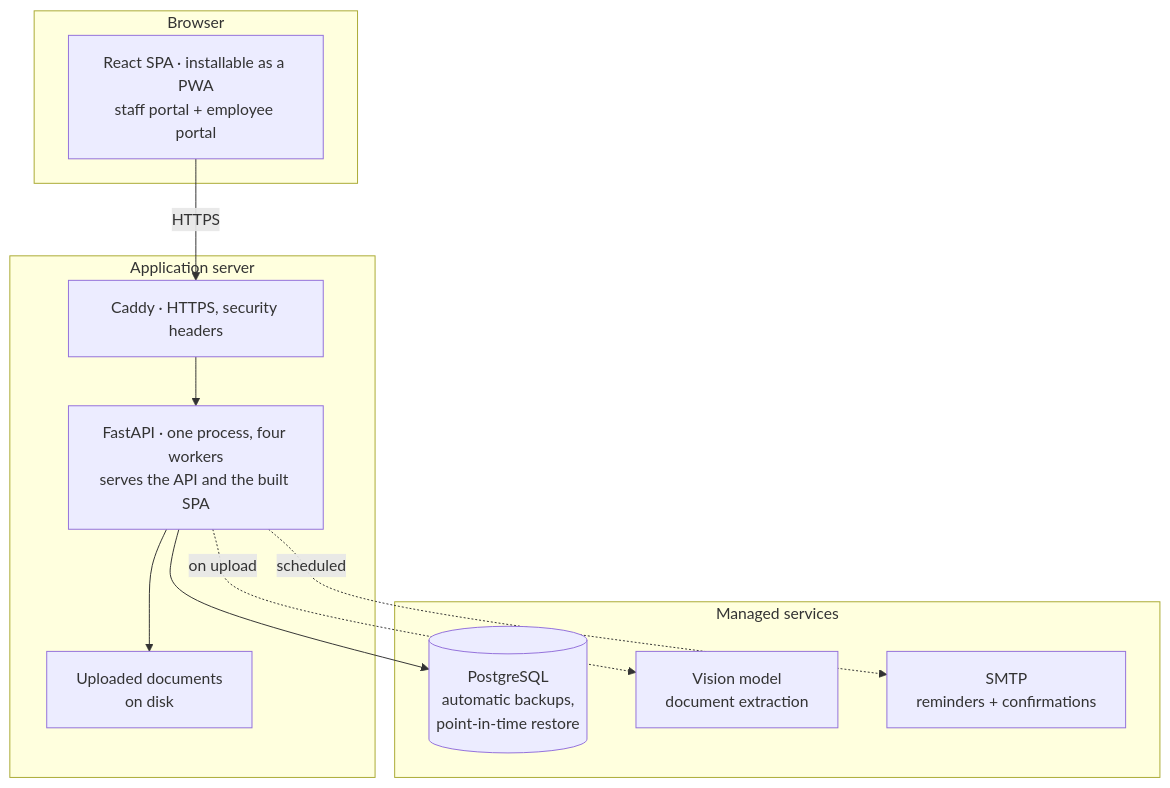
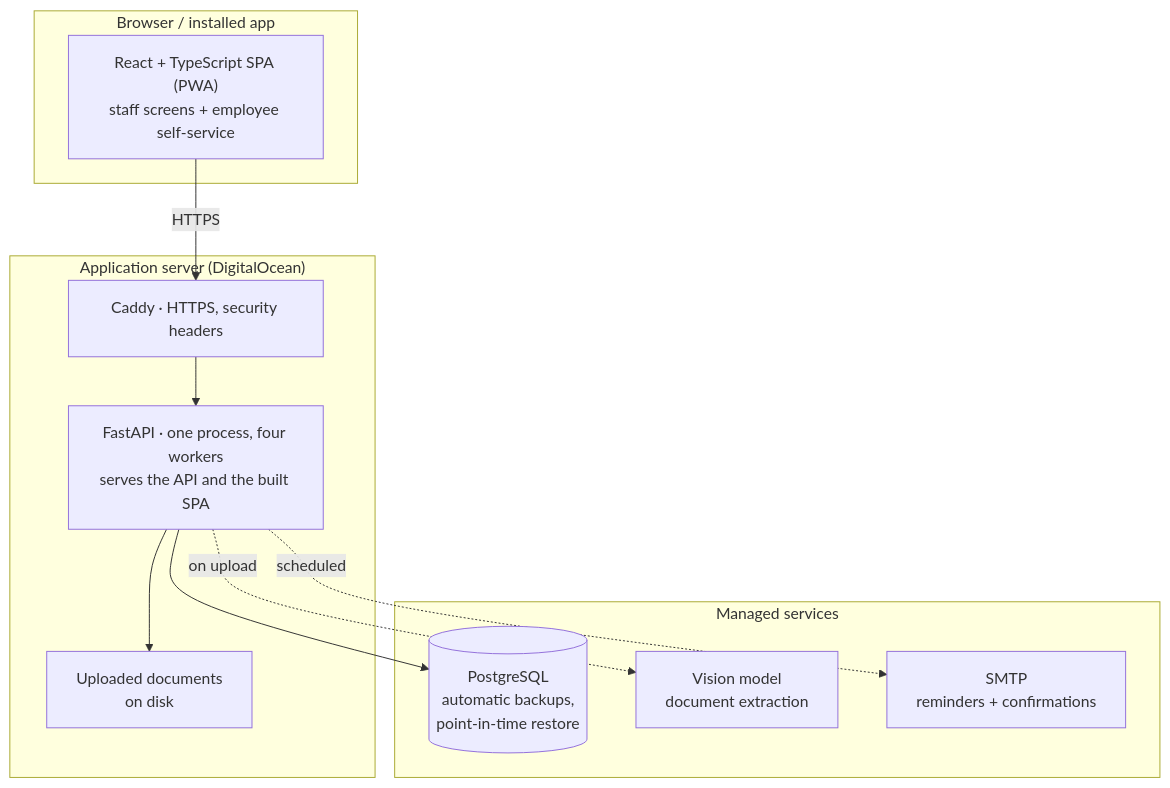
Before and after one commit to ahmaadmohdd/Rum-HR-System-Showcase: the first of 3 diagrams in README.md, drawn with Mermaid. The commit also changed other lines of this file and 1 other file, not shown here.

````diff
--- a/README.md
+++ b/README.md
@@ -45,25 +72,25 @@
 ```mermaid
 flowchart TB
-    subgraph client["Browser"]
-        SPA["React SPA · installable as a PWA<br/>staff portal + employee portal"]
+    subgraph client["Browser / installed app"]
+        SPA["React + TypeScript SPA (PWA)<br/>staff screens + employee self-service"]
     end
 
-    subgraph server["Application server"]
+    subgraph server["Application server (DigitalOcean)"]
         CADDY["Caddy · HTTPS, security headers"]
         API["FastAPI · one process, four workers<br/>serves the API and the built SPA"]
         FILES["Uploaded documents<br/>on disk"]
     end
 
     subgraph managed["Managed services"]
         PG[("PostgreSQL<br/>automatic backups,<br/>point-in-time restore")]
         AI["Vision model<br/>document extraction"]
         SMTP["SMTP<br/>reminders + confirmations"]
     end
 
     SPA -->|HTTPS| CADDY
     CADDY --> API
     API --> FILES
     API --> PG
     API -.->|on upload| AI
     API -.->|scheduled| SMTP
 ```
````
